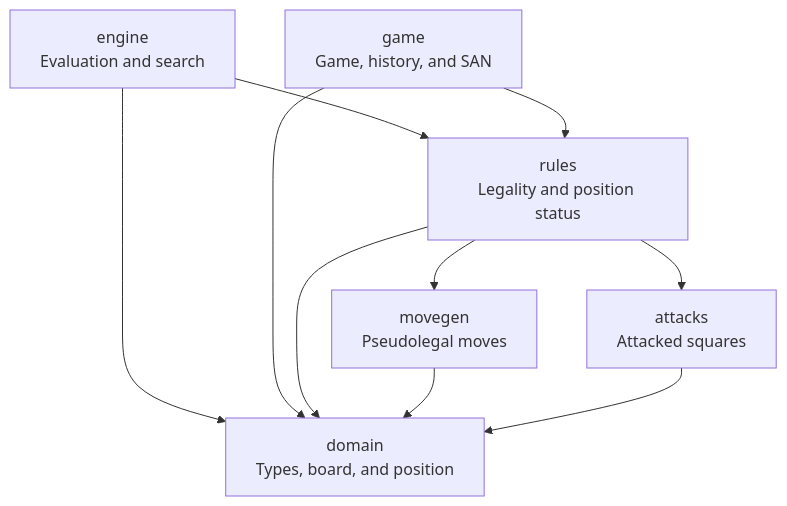
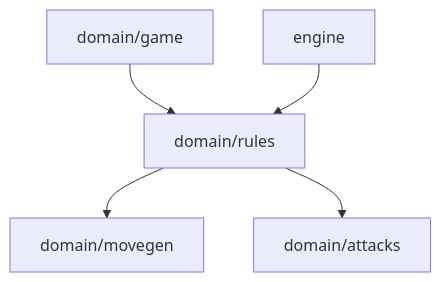
The second of 2 diagrams in docs/en/architecture.md (gabrzb/chess-go), drawn with Mermaid before and after one commit. The commit also changed other lines of this file and 5 other files, not shown here.

Commit message:
docs: document the desktop app and architecture

````diff
--- a/docs/en/architecture.md
+++ b/docs/en/architecture.md
@@ -111,19 +91,7 @@
 ```mermaid
 flowchart TB
-    game["game<br/>Game, history, and SAN"]
-    ai["engine<br/>Evaluation and search"]
-    rules["rules<br/>Legality and position status"]
-    movegen["movegen<br/>Pseudolegal moves"]
-    attacks["attacks<br/>Attacked squares"]
-    chess["domain<br/>Types, board, and position"]
-
-    ai --> rules
-    game --> rules
-    rules --> movegen
-    rules --> attacks
-    ai --> chess
-    game --> chess
-    rules --> chess
-    movegen --> chess
-    attacks --> chess
+    game["domain/game"] --> rules["domain/rules"]
+    engine["engine"] --> rules
+    rules --> movegen["domain/movegen"]
+    rules --> attacks["domain/attacks"]
 ```
````
